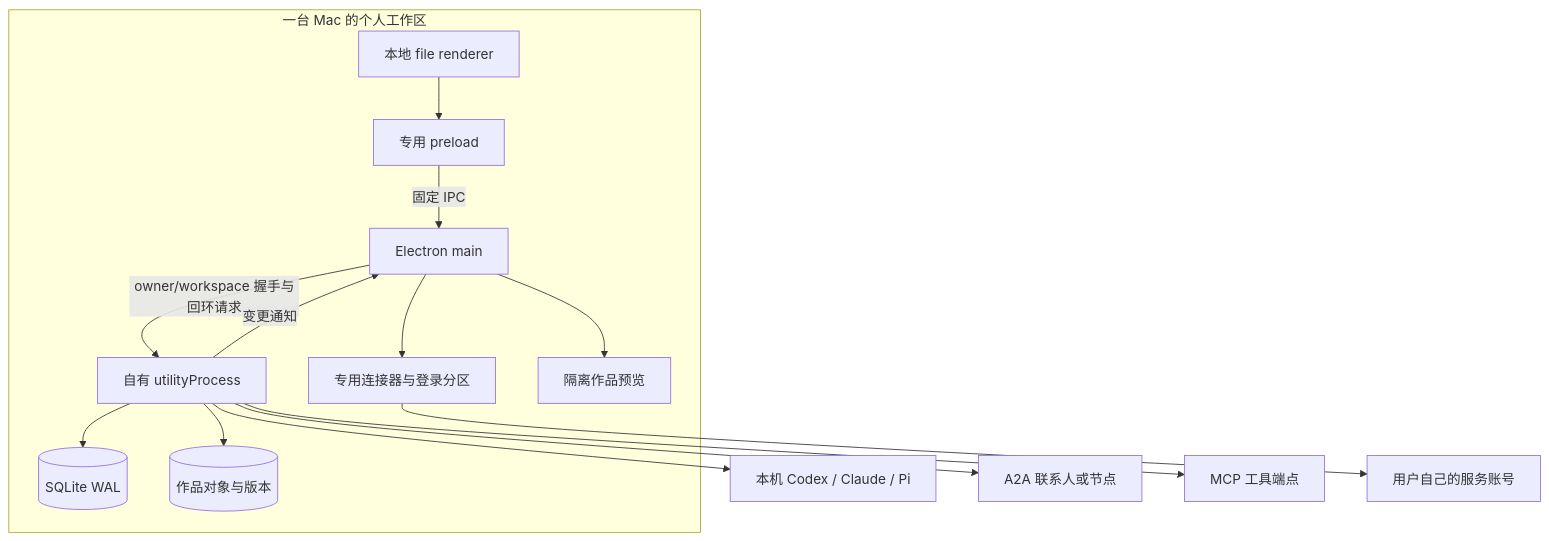
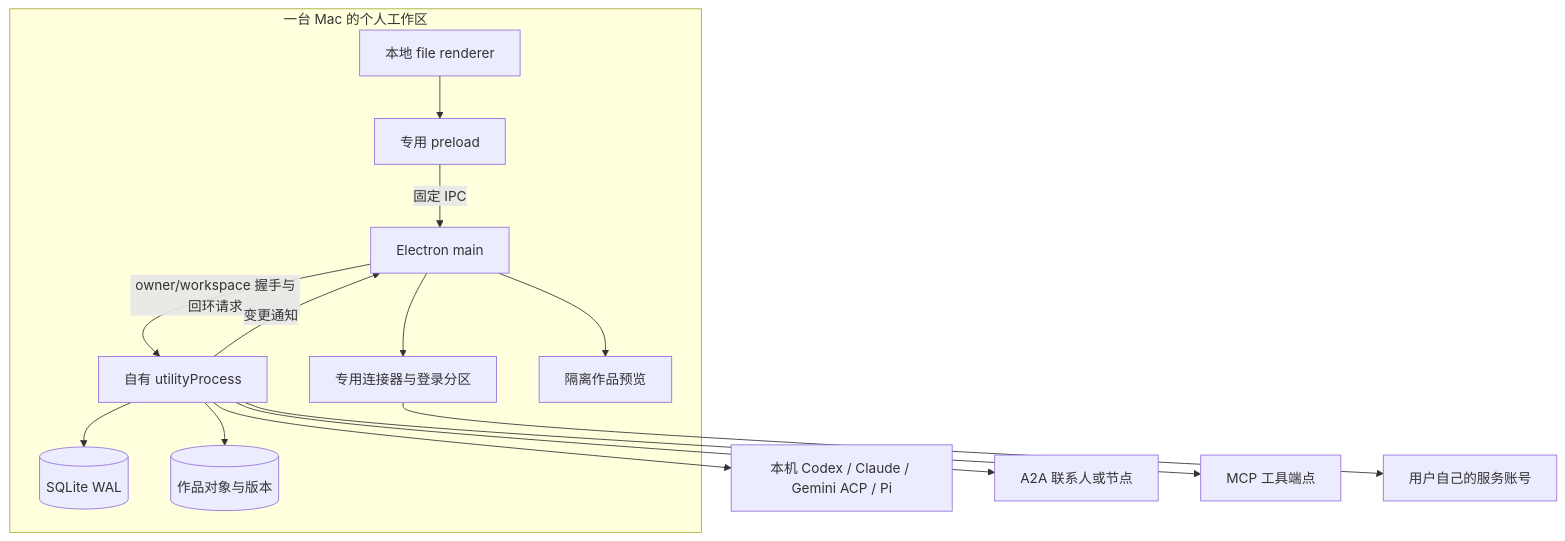
Before and after one commit to getyak/agentroom: the first of 2 diagrams in docs/architecture.md, drawn with Mermaid. The commit also changed other lines of this file and 20 other files, not shown here.

````diff
--- a/docs/architecture.md
+++ b/docs/architecture.md
@@ -13,24 +13,24 @@
 ```mermaid
 flowchart TB
   subgraph Mac[一台 Mac 的个人工作区]
     Renderer[本地 file renderer]
     Preload[专用 preload]
     Main[Electron main]
     Utility[自有 utilityProcess]
     DB[(SQLite WAL)]
     Files[(作品对象与版本)]
     Connectors[专用连接器与登录分区]
     Preview[隔离作品预览]
     Renderer --> Preload -->|固定 IPC| Main
     Main -->|owner/workspace 握手与回环请求| Utility
     Utility --> DB
     Utility --> Files
     Main --> Connectors
     Main --> Preview
     Utility -->|变更通知| Main
   end
-  Utility --> CLI[本机 Codex / Claude / Pi]
+  Utility --> CLI[本机 Codex / Claude / Gemini ACP / Pi]
   Utility --> A2A[A2A 联系人或节点]
   Utility --> MCP[MCP 工具端点]
   Connectors --> Providers[用户自己的服务账号]
 ```
````
